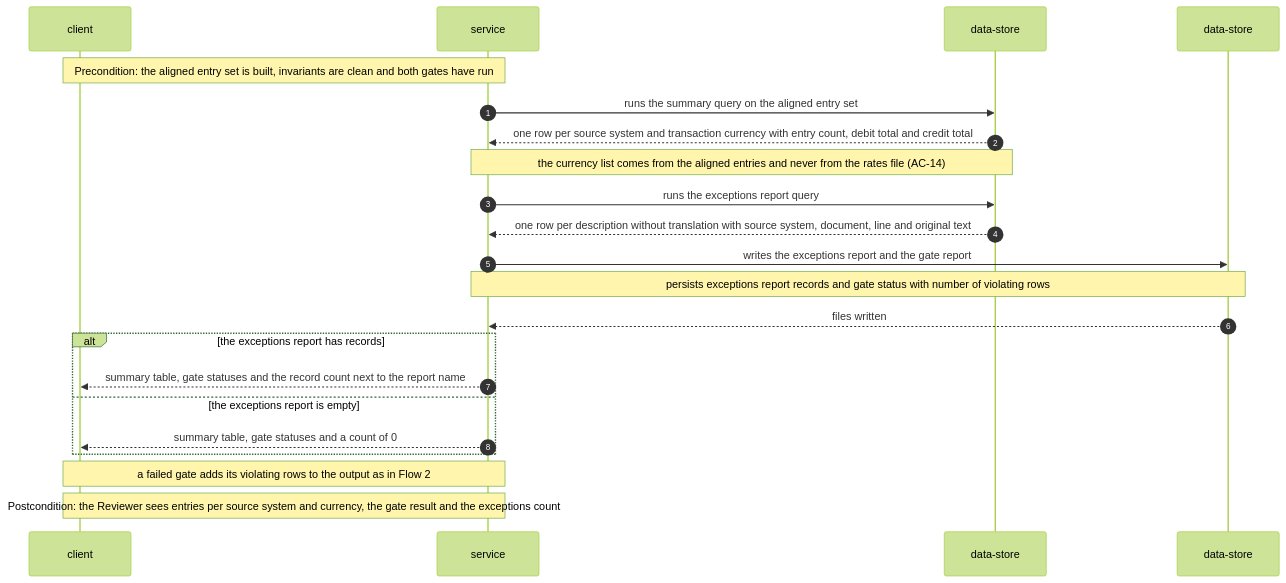
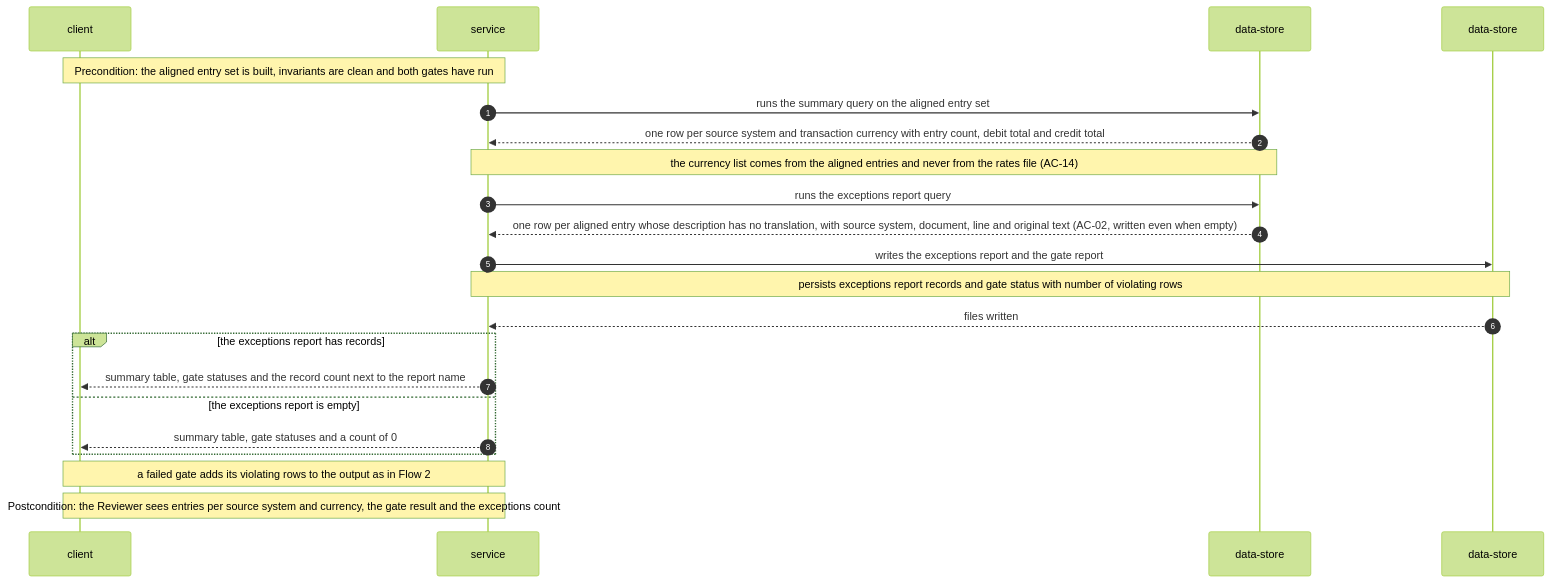
The sixth of 9 diagrams in docs/features/unified-gl-inputs/sad.md (Shkilov75/finance-data-products), drawn with Mermaid (forest theme) before and after one commit. The commit also changed other lines of this file, not shown here.

Commit message:
design: unified-gl-inputs sad.md align with clarified spec (rates_synthetic.csv, exceptions report per entry, mapping repeat)

````diff
--- a/docs/features/unified-gl-inputs/sad.md
+++ b/docs/features/unified-gl-inputs/sad.md
@@ -282,25 +282,25 @@
 ```mermaid
 sequenceDiagram
     autonumber
     participant C as client
     participant S as service
     participant D as data-store
     participant O as data-store
 
     Note over C,S: Precondition: the aligned entry set is built, invariants are clean and both gates have run
     S->>D: runs the summary query on the aligned entry set
     D-->>S: one row per source system and transaction currency with entry count, debit total and credit total
     Note over S,D: the currency list comes from the aligned entries and never from the rates file (AC-14)
     S->>D: runs the exceptions report query
-    D-->>S: one row per description without translation with source system, document, line and original text
+    D-->>S: one row per aligned entry whose description has no translation, with source system, document, line and original text (AC-02, written even when empty)
     S->>O: writes the exceptions report and the gate report
     Note over S,O: persists exceptions report records and gate status with number of violating rows
     O-->>S: files written
     alt the exceptions report has records
         S-->>C: summary table, gate statuses and the record count next to the report name
     else the exceptions report is empty
         S-->>C: summary table, gate statuses and a count of 0
     end
     Note over S,C: a failed gate adds its violating rows to the output as in Flow 2
     Note over C,S: Postcondition: the Reviewer sees entries per source system and currency, the gate result and the exceptions count
 ```
````
